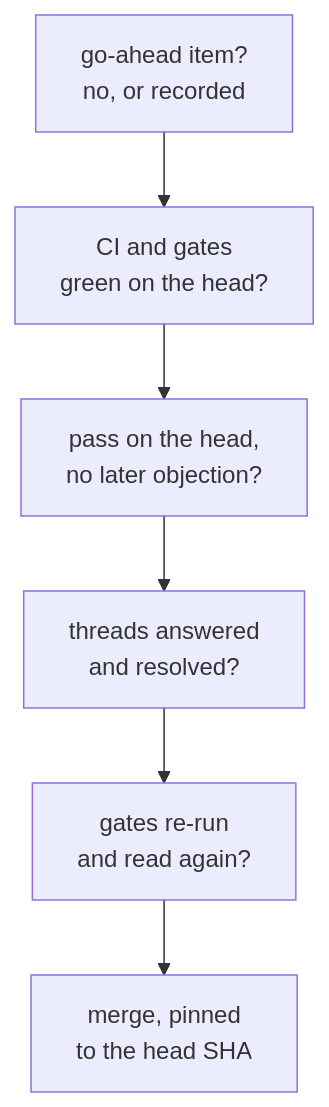
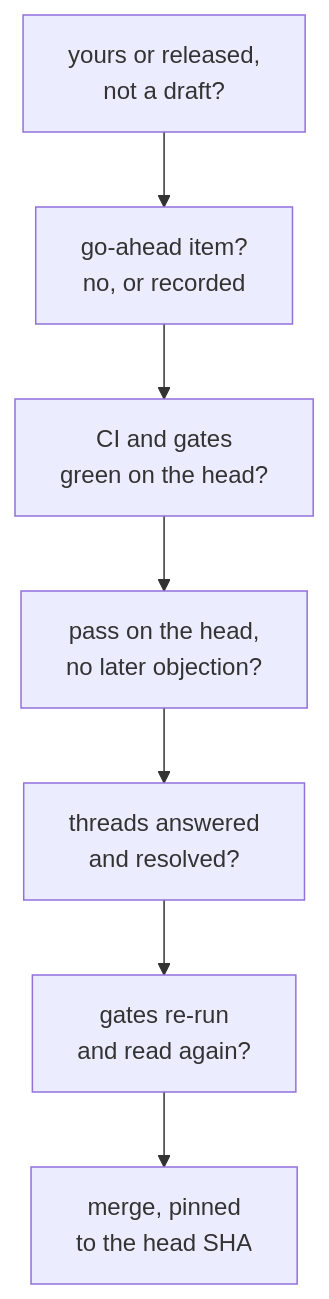
One commit to Valpatel/cad-agent changed the second of 2 diagrams in .agents/skills/cad-pr-review/SKILL.md. Above: the diagram before and after it, drawn with Mermaid. The commit also changed other lines of this file, not shown here.

````diff
--- a/.agents/skills/cad-pr-review/SKILL.md
+++ b/.agents/skills/cad-pr-review/SKILL.md
@@ -127,10 +127,11 @@
 ```mermaid
 flowchart TD
-    A["go-ahead item?<br/>no, or recorded"] --> B["CI and gates<br/>green on the head?"]
+    Y["yours or released,<br/>not a draft?"] --> A["go-ahead item?<br/>no, or recorded"]
+    A --> B["CI and gates<br/>green on the head?"]
     B --> C["pass on the head,<br/>no later objection?"]
     C --> D["threads answered<br/>and resolved?"]
     D --> E["gates re-run<br/>and read again?"]
     E --> M["merge, pinned<br/>to the head SHA"]
-    class A,B,C,D,E here
+    class Y,A,B,C,D,E here
     class M out
 ```
````
